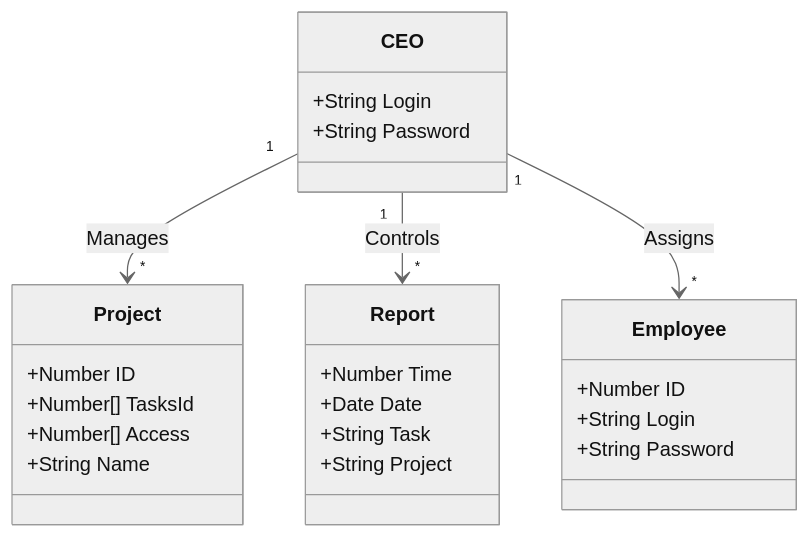
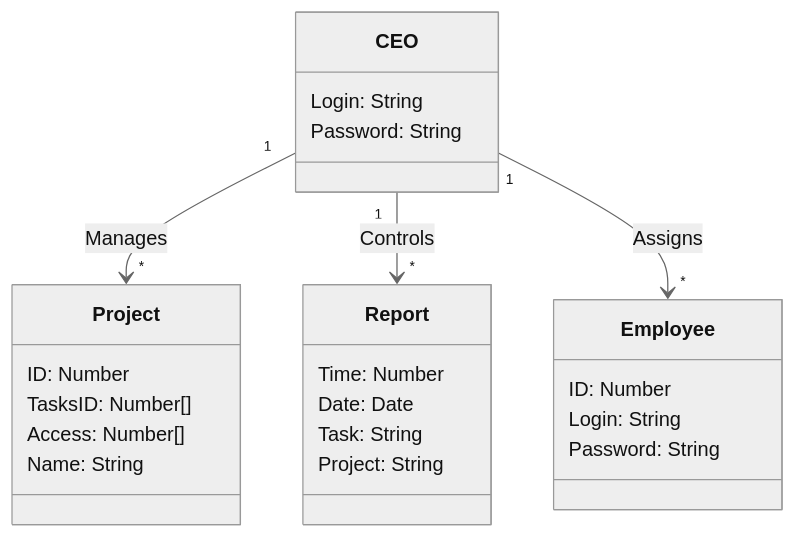
One commit to W1nOfGood/01076106-Object-Oriented-Programming-Project changed the diagram in lab3/lab3.mmd. Above: the diagram before and after it, drawn with Mermaid (neutral theme).

```diff
--- a/lab3/lab3.mmd
+++ b/lab3/lab3.mmd
@@ -1,29 +1,29 @@
 classDiagram
     class CEO {
-        +String Login
-        +String Password
+        Login: String
+        Password: String
     }
     
     class Project {
-        +Number ID
-        +Number[] TasksId
-        +Number[] Access
-        +String Name
+        ID: Number
+        TasksID: Number[]
+        Access: Number[]
+        Name: String
     }
     
     class Report {
-        +Number Time
-        +Date Date
-        +String Task
-        +String Project
+        Time: Number
+        Date: Date
+        Task: String
+        Project: String
     }
     
     class Employee {
-        +Number ID
-        +String Login
-        +String Password
+        ID: Number
+        Login: String
+        Password: String
     }
     
     CEO "1" --> "*" Project : Manages
     CEO "1" --> "*" Report : Controls
     CEO "1" --> "*" Employee : Assigns
```
